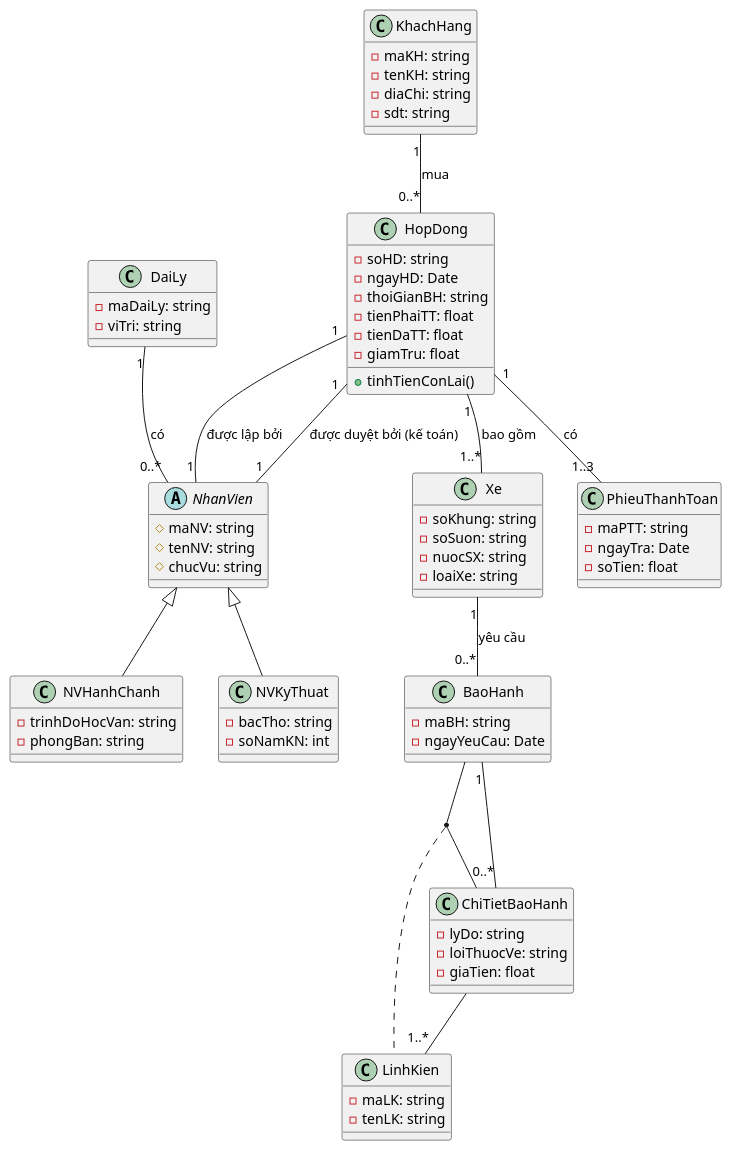
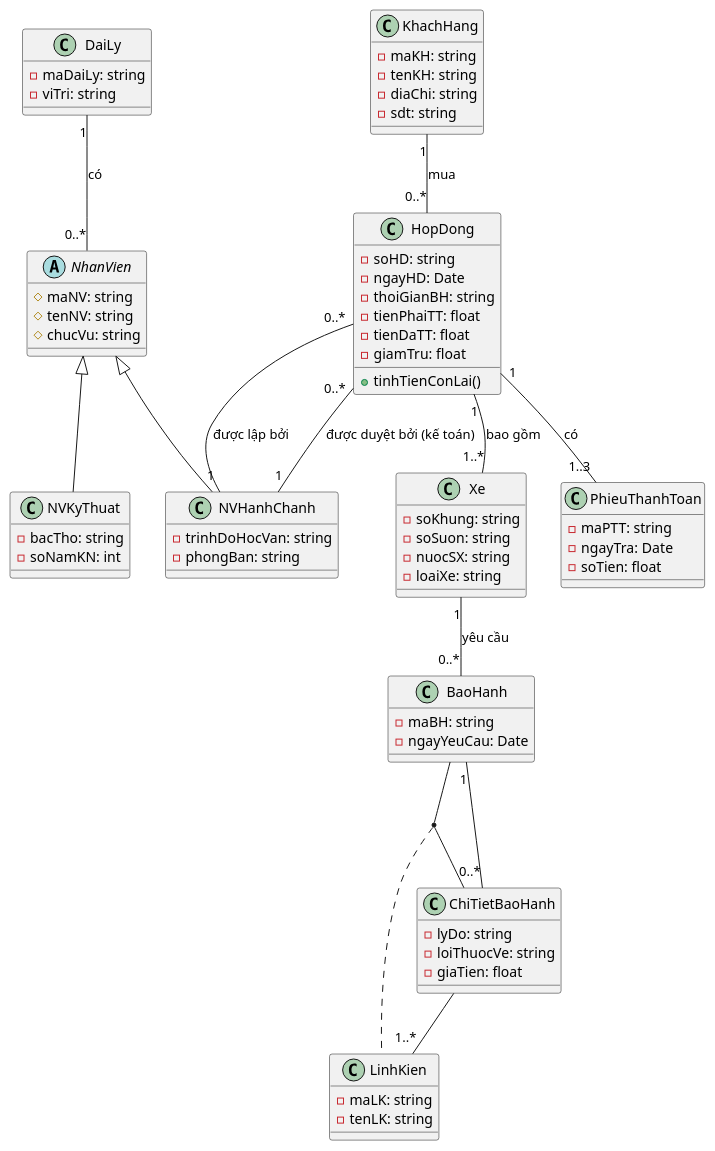
One commit to leanhvu21042001/LT.K2025.2-CNTT changed the diagram in uit/courses/IE103/exercises/BTQT2/assets/BTQT2_bai2-CD.puml. Above: the diagram before and after it, drawn with PlantUML.

```diff
--- a/uit/courses/IE103/exercises/BTQT2/assets/BTQT2_bai2-CD.puml
+++ b/uit/courses/IE103/exercises/BTQT2/assets/BTQT2_bai2-CD.puml
@@ -1,87 +1,87 @@
 @startuml
 
 ''skinparam classAttributeIconSize 0
 skinparam defaultFontName "Iosevka"
 
 class DaiLy {
   - maDaiLy: string
   - viTri: string
 }
 
 ' --- Inheritance ---
 abstract class NhanVien {
   # maNV: string
   # tenNV: string
   # chucVu: string
 }
 class NVHanhChanh extends NhanVien {
   - trinhDoHocVan: string
   - phongBan: string
 }
 class NVKyThuat extends NhanVien {
   - bacTho: string
   - soNamKN: int
 }
 ' ------------------
 
 class KhachHang {
   - maKH: string
   - tenKH: string
   - diaChi: string
   - sdt: string
 }
 
 class HopDong {
   - soHD: string
   - ngayHD: Date
   - thoiGianBH: string
   - tienPhaiTT: float
   - tienDaTT: float
   - giamTru: float
   + tinhTienConLai()
 }
 
 class Xe {
   - soKhung: string
   - soSuon: string
   - nuocSX: string
   - loaiXe: string
 }
 
 class PhieuThanhToan {
   - maPTT: string
   - ngayTra: Date
   - soTien: float
 }
 
 class BaoHanh {
   - maBH: string
   - ngayYeuCau: Date
 }
 
 class LinhKien {
   - maLK: string
   - tenLK: string
 }
 
 ' --- Association Class ---
 class ChiTietBaoHanh {
   - lyDo: string
   - loiThuocVe: string
   - giaTien: float
 }
 
 ' --- Associations ---
 DaiLy "1" -- "0..*" NhanVien : "có"
 
 KhachHang "1" -- "0..*" HopDong : "mua"
-HopDong "1" -- "1" NhanVien : "được lập bởi"
-HopDong "1" -- "1" NhanVien : "được duyệt bởi (kế toán)"
+HopDong "0..*" -- "1" NVHanhChanh : "được lập bởi"
+HopDong "0..*" -- "1" NVHanhChanh : "được duyệt bởi (kế toán)"
 HopDong "1" -- "1..*" Xe : "bao gồm"
 HopDong "1" -- "1..3" PhieuThanhToan : "có"
 
 Xe "1" -- "0..*" BaoHanh : "yêu cầu"
 (BaoHanh, ChiTietBaoHanh) .. LinhKien
 BaoHanh "1" -- "0..*" ChiTietBaoHanh
 ChiTietBaoHanh -- "1..*" LinhKien
 @enduml
```
